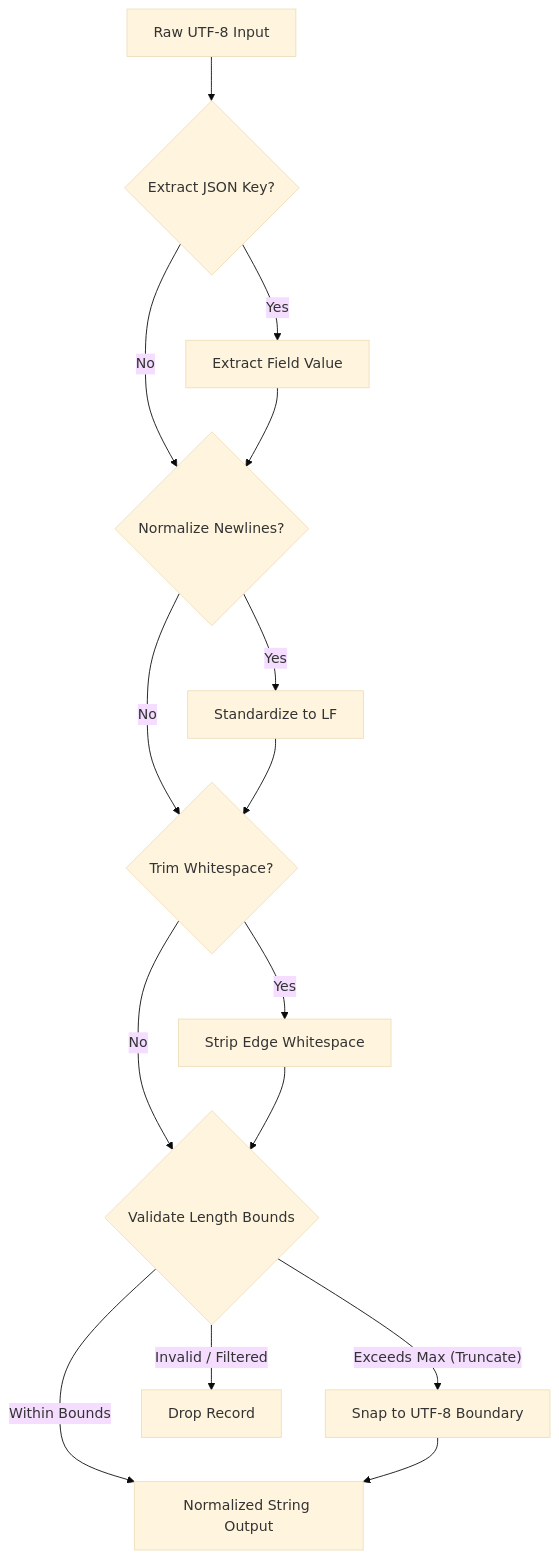
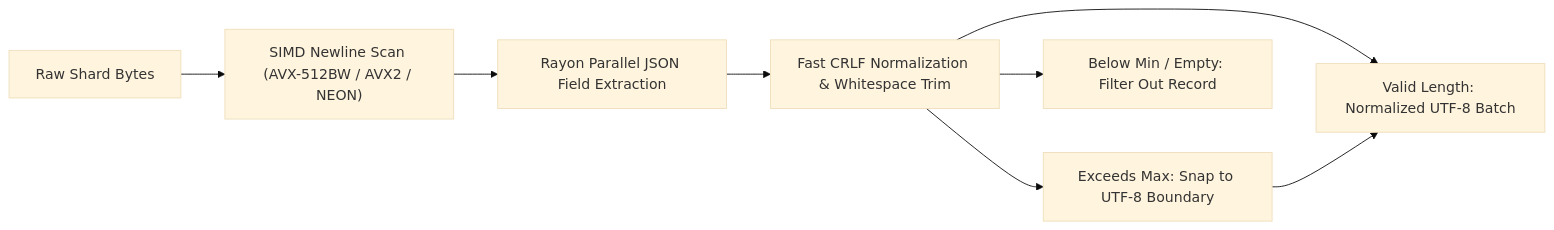
The diagram in docs/dataloader/simd_and_postprocess/README.md (cloverx-id/luminamoon), drawn with Mermaid (base theme) before and after one commit. The commit also changed other lines of this file and 49 other files, not shown here.

Commit message:
change diagram style

````diff
--- a/docs/dataloader/simd_and_postprocess/README.md
+++ b/docs/dataloader/simd_and_postprocess/README.md
@@ -53,21 +51,10 @@
 ```mermaid
-flowchart TD
-    Raw["Raw UTF-8 Input"] --> CheckJSON{"Extract JSON Key?"}
-    
-    CheckJSON -->|"Yes"| ParseJSON["Extract Field Value"]
-    CheckJSON -->|"No"| CheckCRLF
-    ParseJSON --> CheckCRLF{"Normalize Newlines?"}
-
-    CheckCRLF -->|"Yes"| NormCRLF["Standardize to LF"]
-    CheckCRLF -->|"No"| CheckTrim
-    NormCRLF --> CheckTrim{"Trim Whitespace?"}
-
-    CheckTrim -->|"Yes"| Trim["Strip Edge Whitespace"]
-    CheckTrim -->|"No"| CheckLength
-    Trim --> CheckLength{"Validate Length Bounds"}
-
-    CheckLength -->|"Within Bounds"| Output["Normalized String Output"]
-    CheckLength -->|"Exceeds Max (Truncate)"| Truncate["Snap to UTF-8 Boundary"]
+flowchart LR
+    Input["Raw Shard Bytes"] --> Scan["SIMD Newline Scan (AVX-512BW / AVX2 / NEON)"]
+    Scan --> Extract["Rayon Parallel JSON Field Extraction"]
+    Extract --> Clean["Fast CRLF Normalization & Whitespace Trim"]
+    Clean --> Output["Valid Length: Normalized UTF-8 Batch"]
+    Clean --> Truncate["Exceeds Max: Snap to UTF-8 Boundary"]
     Truncate --> Output
-    CheckLength -->|"Invalid / Filtered"| Discard["Drop Record"]
+    Clean --> Drop["Below Min / Empty: Filter Out Record"]
 ```
````
